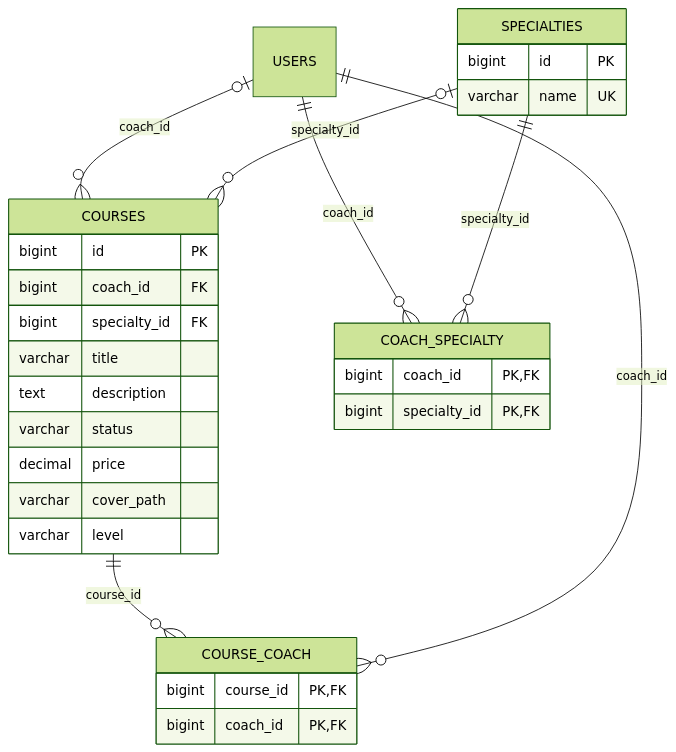
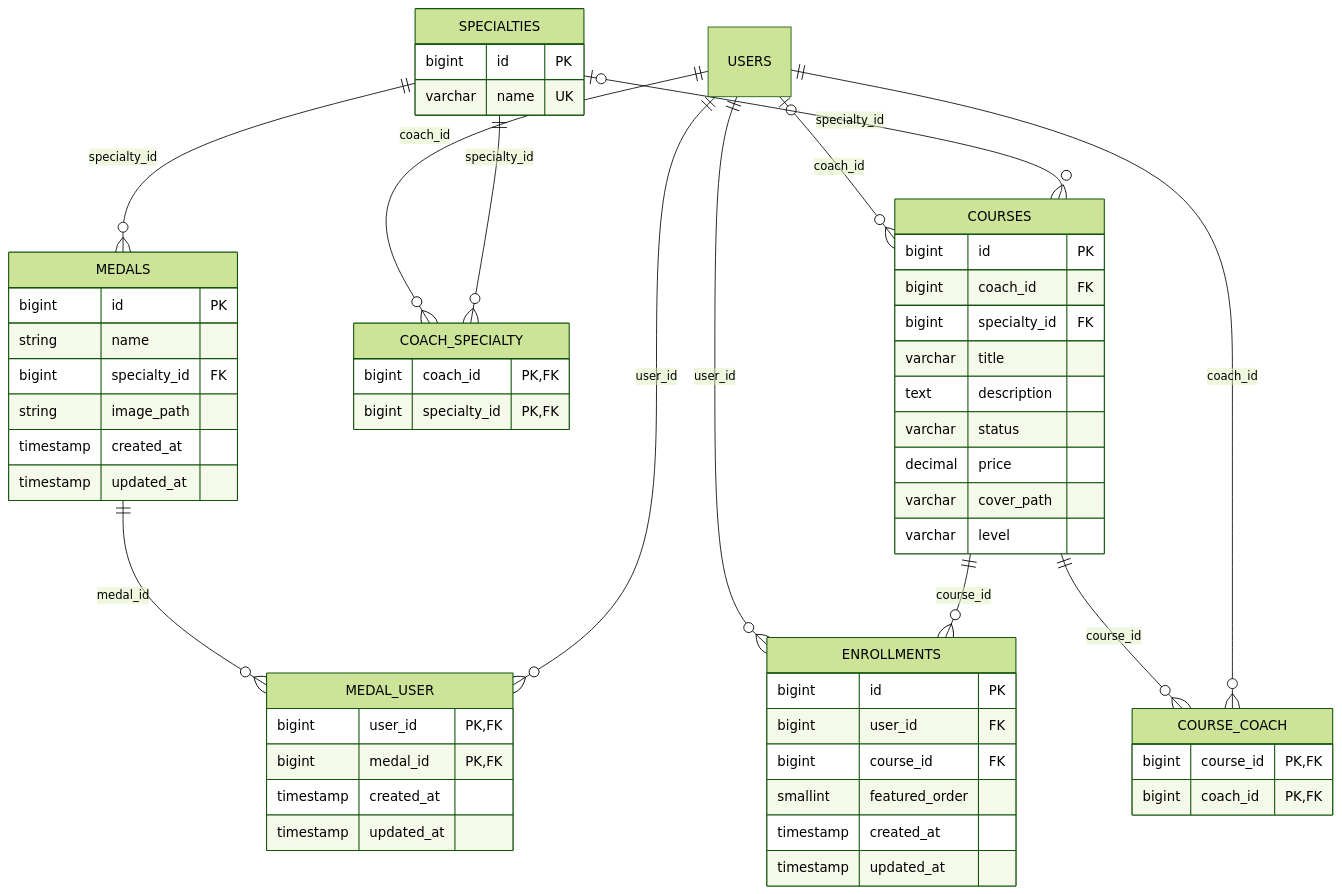
One commit to Fokjobok/dawtfg changed the diagram in docs/COURSE_DATA_MODEL.md. Above: the diagram before and after it, drawn with Mermaid (forest theme). The commit also changed other lines of this file and 73 other files, not shown here.

````diff
--- a/docs/COURSE_DATA_MODEL.md
+++ b/docs/COURSE_DATA_MODEL.md
@@ -31,32 +31,59 @@
 ```mermaid
 erDiagram
     USERS o|--o{ COURSES : coach_id
     SPECIALTIES o|--o{ COURSES : specialty_id
     USERS ||--o{ COACH_SPECIALTY : coach_id
     SPECIALTIES ||--o{ COACH_SPECIALTY : specialty_id
     COURSES ||--o{ COURSE_COACH : course_id
     USERS ||--o{ COURSE_COACH : coach_id
+    USERS ||--o{ ENROLLMENTS : user_id
+    COURSES ||--o{ ENROLLMENTS : course_id
+    SPECIALTIES ||--o{ MEDALS : specialty_id
+    MEDALS ||--o{ MEDAL_USER : medal_id
+    USERS ||--o{ MEDAL_USER : user_id
+    MEDALS {
+        bigint id PK
+        string name
+        bigint specialty_id FK
+        string image_path
+        timestamp created_at
+        timestamp updated_at
+    }
+    MEDAL_USER {
+        bigint user_id PK,FK
+        bigint medal_id PK,FK
+        timestamp created_at
+        timestamp updated_at
+    }
+    ENROLLMENTS {
+        bigint id PK
+        bigint user_id FK
+        bigint course_id FK
+        smallint featured_order
+        timestamp created_at
+        timestamp updated_at
+    }
     COURSES {
         bigint id PK
         bigint coach_id FK
         bigint specialty_id FK
         varchar title
         text description
         varchar status
         decimal price
         varchar cover_path
         varchar level
     }
     SPECIALTIES {
         bigint id PK
         varchar name UK
     }
     COACH_SPECIALTY {
         bigint coach_id PK,FK
         bigint specialty_id PK,FK
     }
     COURSE_COACH {
         bigint course_id PK,FK
         bigint coach_id PK,FK
     }
 ```
````
